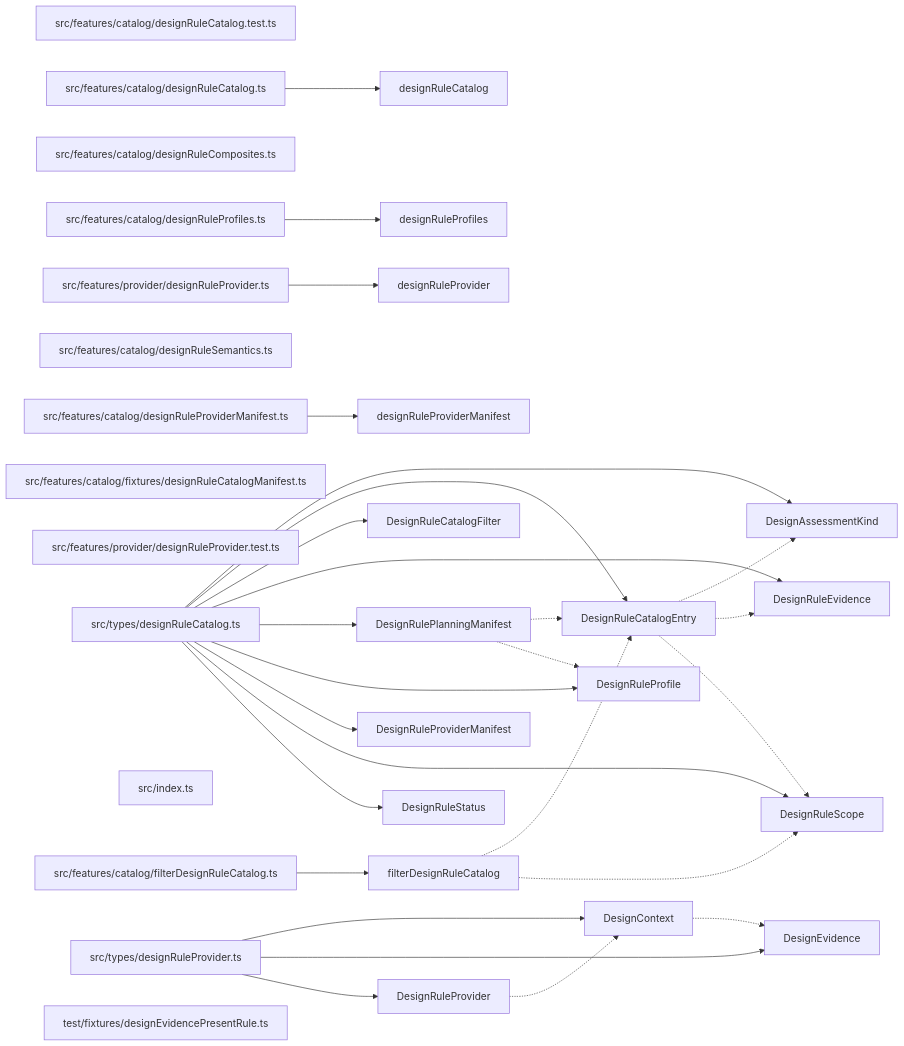
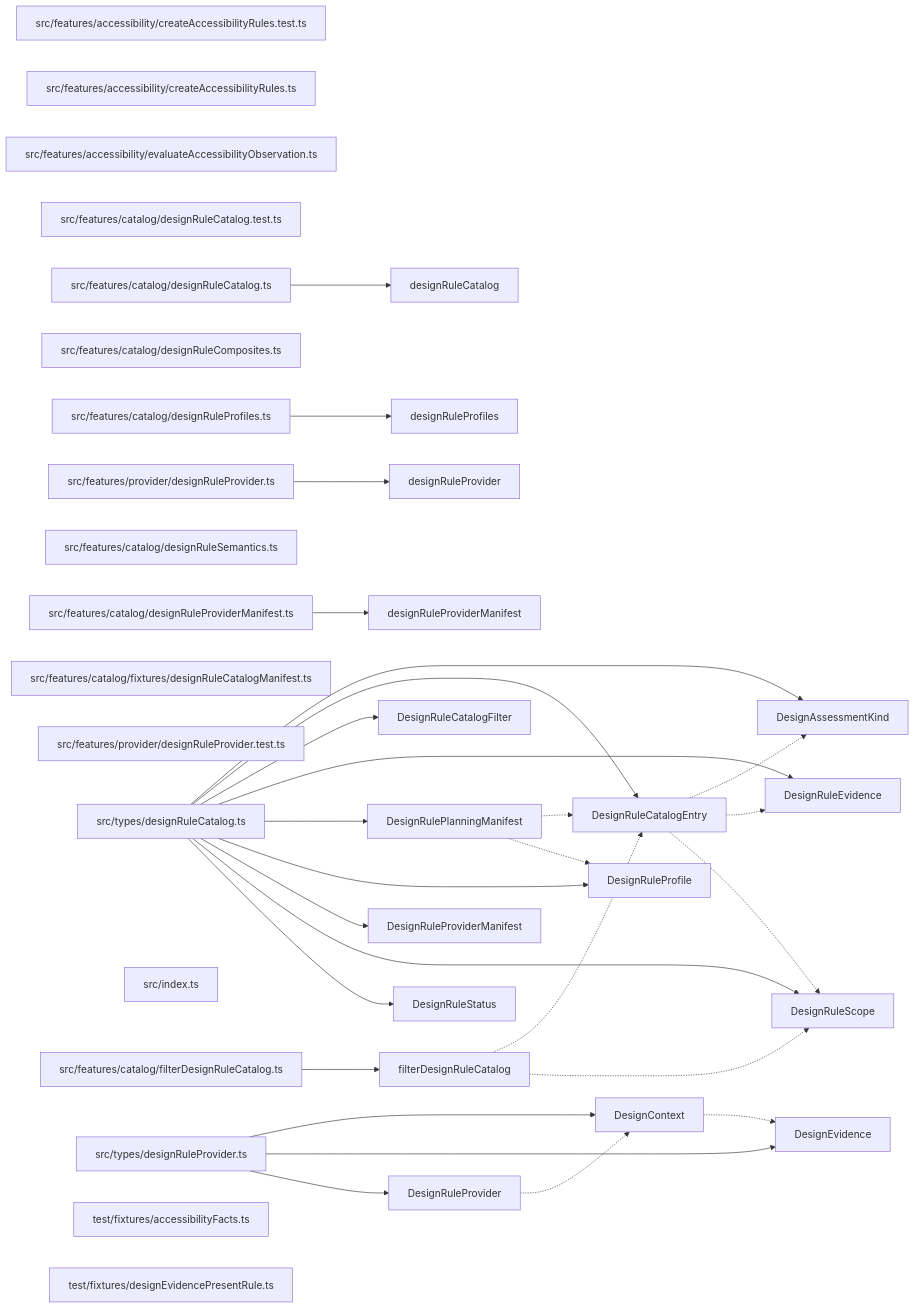
The diagram in paradox/diagrams/export-graph.mmd (ankhorage/rules-design), drawn with Mermaid before and after one commit. The commit also changed 9 other files, not shown here.

```diff
--- a/paradox/diagrams/export-graph.mmd
+++ b/paradox/diagrams/export-graph.mmd
@@ -1,58 +1,62 @@
 graph LR
+  module_src_features_accessibility_createAccessibilityRules_test_ts["src/features/accessibility/createAccessibilityRules.test.ts"]
+  module_src_features_accessibility_createAccessibilityRules_ts["src/features/accessibility/createAccessibilityRules.ts"]
+  module_src_features_accessibility_evaluateAccessibilityObservation_ts["src/features/accessibility/evaluateAccessibilityObservation.ts"]
   module_src_features_catalog_designRuleCatalog_test_ts["src/features/catalog/designRuleCatalog.test.ts"]
   module_src_features_catalog_designRuleCatalog_ts["src/features/catalog/designRuleCatalog.ts"]
   module_src_features_catalog_designRuleComposites_ts["src/features/catalog/designRuleComposites.ts"]
   module_src_features_catalog_designRuleProfiles_ts["src/features/catalog/designRuleProfiles.ts"]
   module_src_features_catalog_designRuleProviderManifest_ts["src/features/catalog/designRuleProviderManifest.ts"]
   module_src_features_catalog_designRuleSemantics_ts["src/features/catalog/designRuleSemantics.ts"]
   module_src_features_catalog_filterDesignRuleCatalog_ts["src/features/catalog/filterDesignRuleCatalog.ts"]
   module_src_features_catalog_fixtures_designRuleCatalogManifest_ts["src/features/catalog/fixtures/designRuleCatalogManifest.ts"]
   module_src_features_provider_designRuleProvider_test_ts["src/features/provider/designRuleProvider.test.ts"]
   module_src_features_provider_designRuleProvider_ts["src/features/provider/designRuleProvider.ts"]
   module_src_index_ts["src/index.ts"]
   module_src_types_designRuleCatalog_ts["src/types/designRuleCatalog.ts"]
   module_src_types_designRuleProvider_ts["src/types/designRuleProvider.ts"]
+  module_test_fixtures_accessibilityFacts_ts["test/fixtures/accessibilityFacts.ts"]
   module_test_fixtures_designEvidencePresentRule_ts["test/fixtures/designEvidencePresentRule.ts"]
   export_DesignAssessmentKind["DesignAssessmentKind"]
   module_src_types_designRuleCatalog_ts --> export_DesignAssessmentKind
   export_DesignContext["DesignContext"]
   module_src_types_designRuleProvider_ts --> export_DesignContext
   export_DesignContext -.-> export_DesignEvidence
   export_DesignEvidence["DesignEvidence"]
   module_src_types_designRuleProvider_ts --> export_DesignEvidence
   export_designRuleCatalog["designRuleCatalog"]
   module_src_features_catalog_designRuleCatalog_ts --> export_designRuleCatalog
   export_DesignRuleCatalogEntry["DesignRuleCatalogEntry"]
   module_src_types_designRuleCatalog_ts --> export_DesignRuleCatalogEntry
   export_DesignRuleCatalogEntry -.-> export_DesignAssessmentKind
   export_DesignRuleCatalogEntry -.-> export_DesignRuleEvidence
   export_DesignRuleCatalogEntry -.-> export_DesignRuleScope
   export_DesignRuleCatalogFilter["DesignRuleCatalogFilter"]
   module_src_types_designRuleCatalog_ts --> export_DesignRuleCatalogFilter
   export_DesignRuleEvidence["DesignRuleEvidence"]
   module_src_types_designRuleCatalog_ts --> export_DesignRuleEvidence
   export_DesignRulePlanningManifest["DesignRulePlanningManifest"]
   module_src_types_designRuleCatalog_ts --> export_DesignRulePlanningManifest
   export_DesignRulePlanningManifest -.-> export_DesignRuleCatalogEntry
   export_DesignRulePlanningManifest -.-> export_DesignRuleProfile
   export_DesignRuleProfile["DesignRuleProfile"]
   module_src_types_designRuleCatalog_ts --> export_DesignRuleProfile
   export_designRuleProfiles["designRuleProfiles"]
   module_src_features_catalog_designRuleProfiles_ts --> export_designRuleProfiles
   export_designRuleProvider["designRuleProvider"]
   module_src_features_provider_designRuleProvider_ts --> export_designRuleProvider
   export_DesignRuleProvider["DesignRuleProvider"]
   module_src_types_designRuleProvider_ts --> export_DesignRuleProvider
   export_DesignRuleProvider -.-> export_DesignContext
   export_designRuleProviderManifest["designRuleProviderManifest"]
   module_src_features_catalog_designRuleProviderManifest_ts --> export_designRuleProviderManifest
   export_DesignRuleProviderManifest["DesignRuleProviderManifest"]
   module_src_types_designRuleCatalog_ts --> export_DesignRuleProviderManifest
   export_DesignRuleScope["DesignRuleScope"]
   module_src_types_designRuleCatalog_ts --> export_DesignRuleScope
   export_DesignRuleStatus["DesignRuleStatus"]
   module_src_types_designRuleCatalog_ts --> export_DesignRuleStatus
   export_filterDesignRuleCatalog["filterDesignRuleCatalog"]
   module_src_features_catalog_filterDesignRuleCatalog_ts --> export_filterDesignRuleCatalog
   export_filterDesignRuleCatalog -.-> export_DesignRuleCatalogEntry
   export_filterDesignRuleCatalog -.-> export_DesignRuleScope
```
